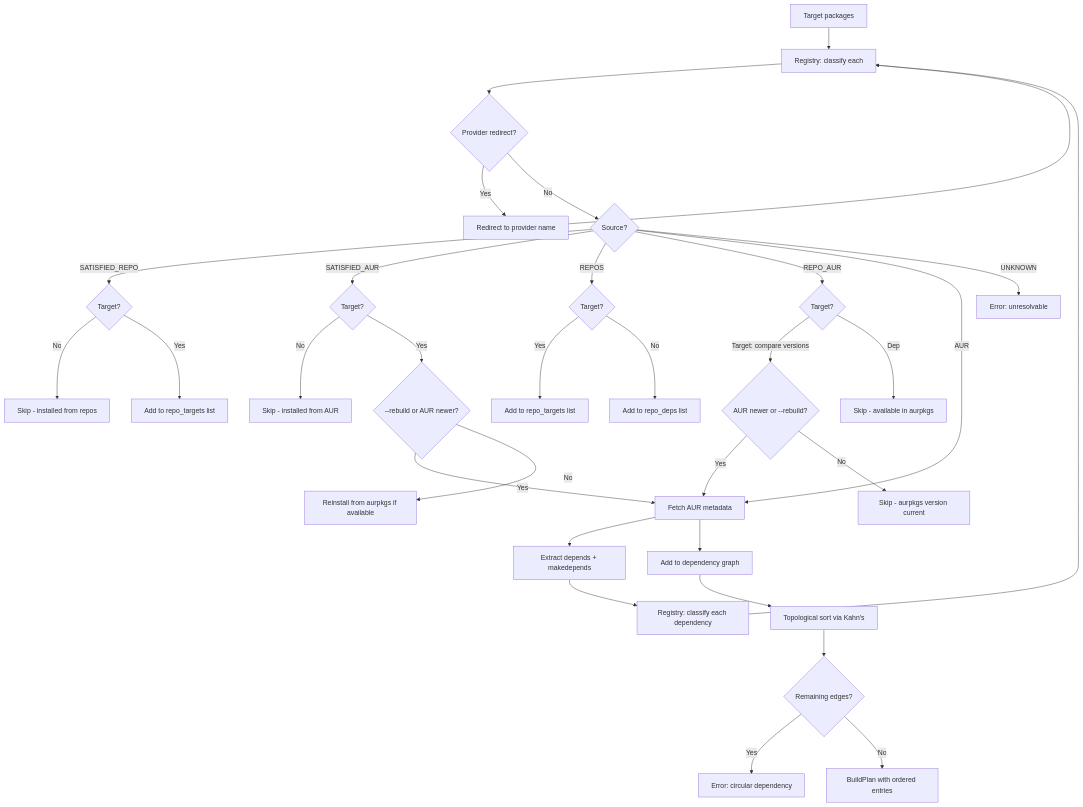
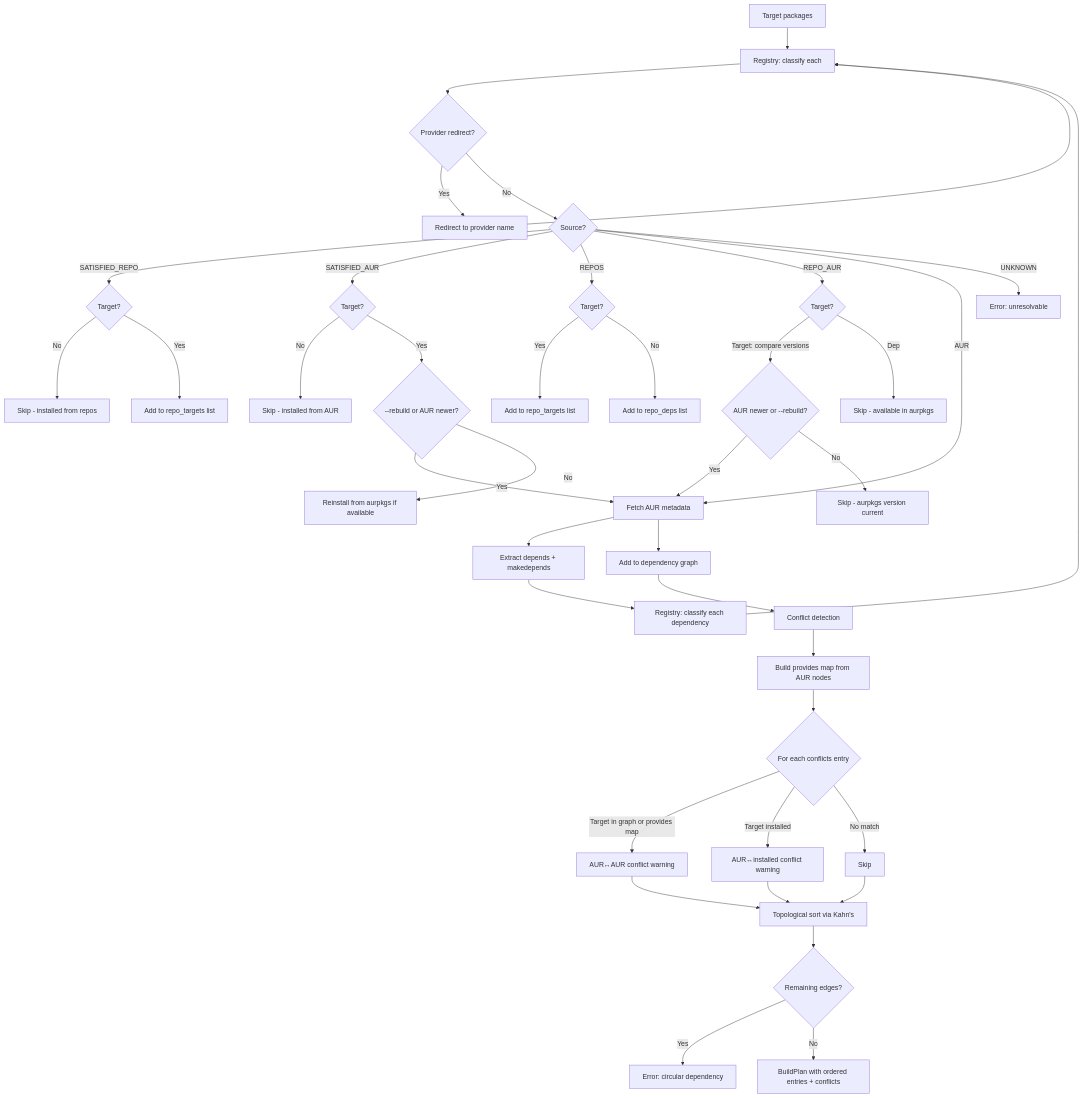
Before and after one commit to rmarquis/aurodle: the third of 3 diagrams in docs/architecture/aurodle-aur-helper.md, drawn with Mermaid. The commit also changed other lines of this file, not shown here.

First line of the commit message:
:memo: document conflict detection in architecture docs

````diff
--- a/docs/architecture/aurodle-aur-helper.md
+++ b/docs/architecture/aurodle-aur-helper.md
@@ -576,34 +586,43 @@
 ```mermaid
 flowchart TD
     A[Target packages] --> B[Registry: classify each]
     B --> P{Provider redirect?}
     P -->|Yes| PR[Redirect to provider name]
     PR --> B
     P -->|No| C{Source?}
     C -->|SATISFIED_REPO| SR{Target?}
     SR -->|No| D1[Skip - installed from repos]
     SR -->|Yes| SRT[Add to repo_targets list]
     C -->|SATISFIED_AUR| SA{Target?}
     SA -->|No| D2[Skip - installed from AUR]
     SA -->|Yes| SAT{--rebuild or AUR newer?}
     SAT -->|Yes| F
     SAT -->|No| SAR[Reinstall from aurpkgs if available]
     C -->|REPOS| RE2{Target?}
     RE2 -->|Yes| RT[Add to repo_targets list]
     RE2 -->|No| E[Add to repo_deps list]
     C -->|REPO_AUR| R{Target?}
     R -->|Target: compare versions| V{AUR newer or --rebuild?}
     R -->|Dep| D2b2[Skip - available in aurpkgs]
     V -->|Yes| F[Fetch AUR metadata]
     V -->|No| D2b[Skip - aurpkgs version current]
     C -->|AUR| F
     C -->|UNKNOWN| G[Error: unresolvable]
     F --> H[Extract depends + makedepends]
     H --> I[Registry: classify each dependency]
     I --> B
     F --> J[Add to dependency graph]
-    J --> K[Topological sort via Kahn's]
+    J --> CD[Conflict detection]
+    CD --> CD1[Build provides map from AUR nodes]
+    CD1 --> CD2{For each conflicts entry}
+    CD2 -->|Target in graph or provides map| CD3[AUR↔AUR conflict warning]
+    CD2 -->|Target installed| CD4[AUR↔installed conflict warning]
+    CD2 -->|No match| CD5[Skip]
+    CD3 --> K
+    CD4 --> K
+    CD5 --> K
+    K[Topological sort via Kahn's]
     K --> L{Remaining edges?}
     L -->|Yes| M[Error: circular dependency]
-    L -->|No| N[BuildPlan with ordered entries]
+    L -->|No| N[BuildPlan with ordered entries + conflicts]
 ```
````
